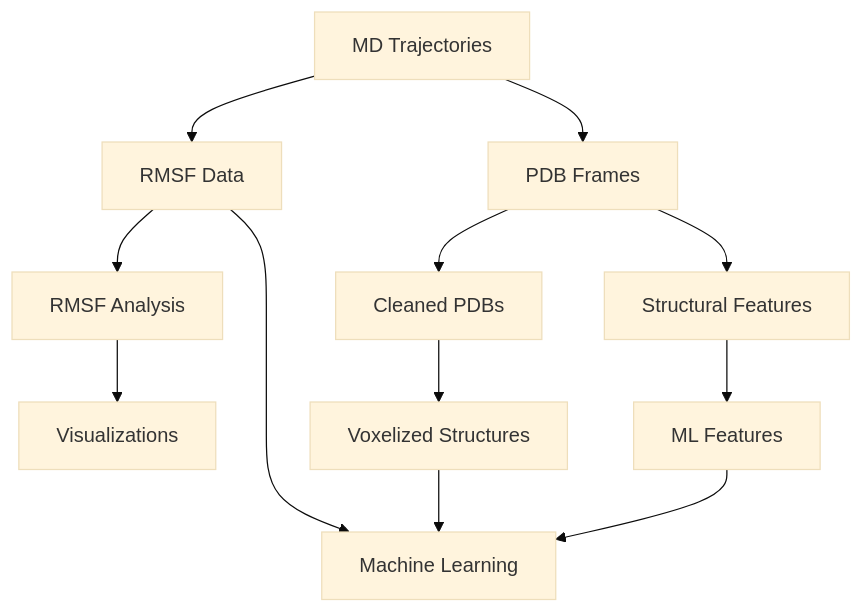
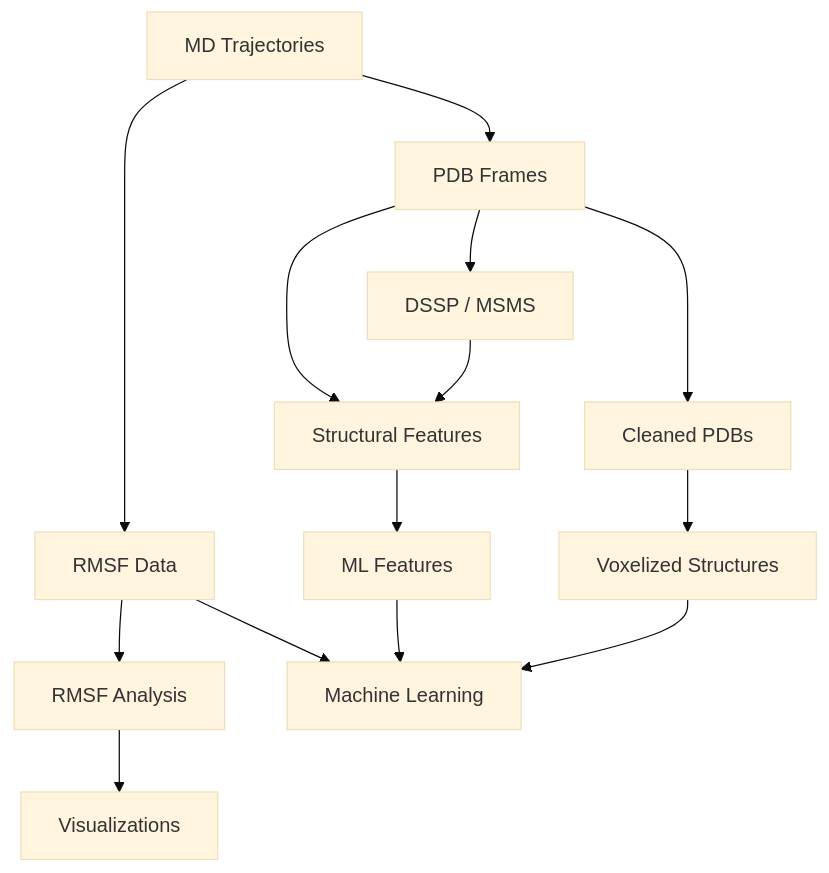
The diagram in README.md (Felixburton7/drWiggle), drawn with Mermaid (base theme) before and after one commit.

````diff
--- a/README.md
+++ b/README.md
@@ -236,14 +236,16 @@
 ```mermaid
 graph TD
     A[MD Trajectories] --> B[RMSF Data]
     A --> C[PDB Frames]
     C --> D[Cleaned PDBs]
     D --> E[Voxelized Structures]
     B --> F[RMSF Analysis]
     C --> G[Structural Features]
     B --> J[ML Features]
     G --> H[ML Features]
     F --> I[Visualizations]
     H --> J[Machine Learning]
     E --> J
+    C --> K[DSSP / MSMS]
+    K --> G
 ```
````
